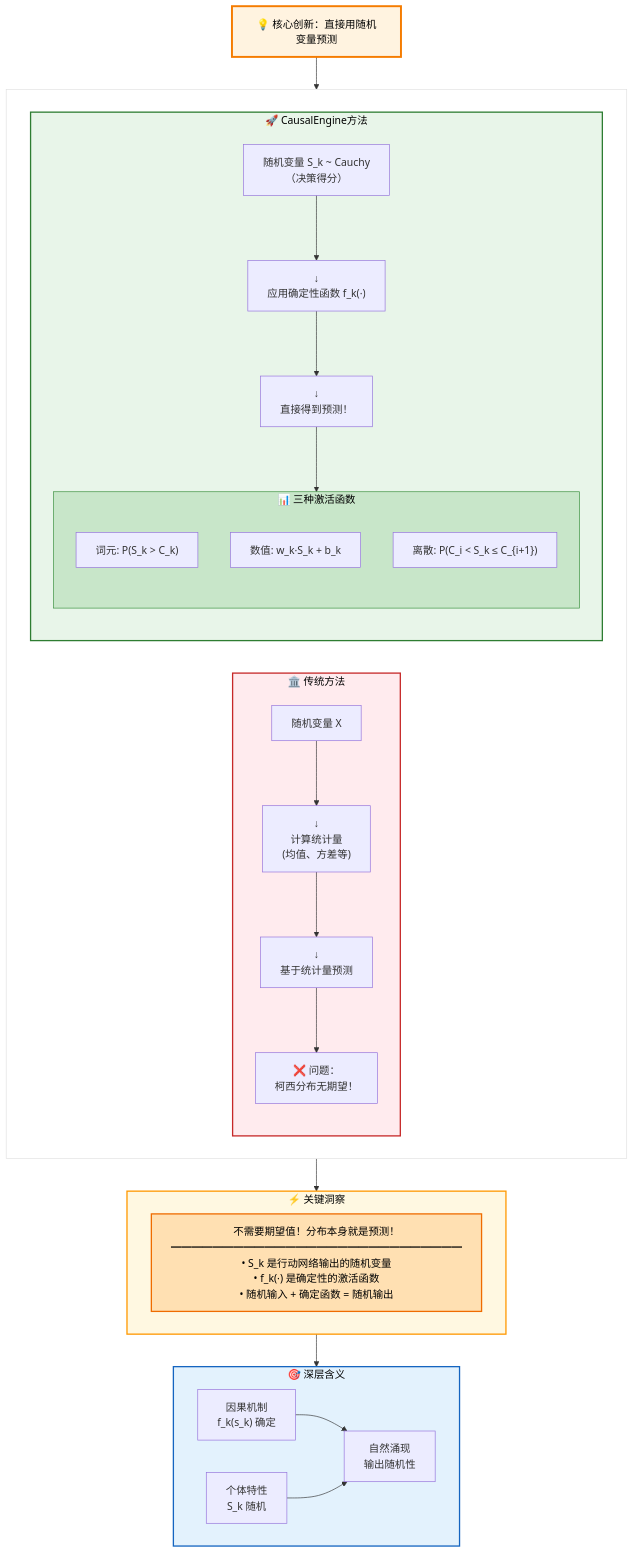
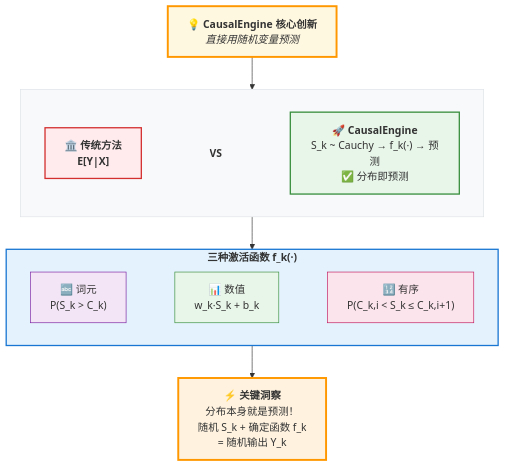
The sixth of 9 diagrams in causal_engine/MATHEMATICAL_FOUNDATIONS_CN.md (1587causalai/CausalQwen), drawn with Mermaid before and after one commit. The commit also changed other lines of this file, not shown here.

````diff
--- a/causal_engine/MATHEMATICAL_FOUNDATIONS_CN.md
+++ b/causal_engine/MATHEMATICAL_FOUNDATIONS_CN.md
@@ -326,68 +326,54 @@
 ```mermaid
 graph TB
-    %% CausalEngine的核心创新：随机变量预测
+    %% 核心标题
+    Title["💡 <b>CausalEngine 核心创新</b><br/><i>直接用随机变量预测</i>"]
     
-    Title["💡 核心创新：直接用随机变量预测"]
+    Title --> Compare
     
-    Title --> Comparison
-    
-    subgraph Comparison [" "]
+    %% 对比区
+    subgraph Compare [" "]
         direction LR
         
-        subgraph Traditional ["🏛️ 传统方法"]
-            direction TB
-            T1["随机变量 X"]
-            T2["↓<br/>计算统计量<br/>(均值、方差等)"]
-            T3["↓<br/>基于统计量预测"]
-            T4["❌ 问题：<br/>柯西分布无期望！"]
-            
-            T1 --> T2 --> T3
-            T3 --> T4
-        end
+        Traditional["🏛️ <b>传统方法</br> E[Y|X]"]
         
-        subgraph CausalEngine ["🚀 CausalEngine方法"]
-            direction TB
-            C1["随机变量 S_k ~ Cauchy<br/>（决策得分）"]
-            C2["↓<br/>应用确定性函数 f_k(·)"]
-            C3["↓<br/>直接得到预测！"]
-            
-            subgraph Examples ["📊 三种激活函数"]
-                direction TB
-                E1["词元: P(S_k > C_k)"]
-                E2["数值: w_k·S_k + b_k"]
-                E3["离散: P(C_i < S_k ≤ C_{i+1})"]
-            end
-            
-            C1 --> C2 --> C3
-            C3 --> Examples
-        end
+        VS["<b>VS</b>"]
+        
+        CausalEngine["🚀 <b>CausalEngine</b><br/>S_k ~ Cauchy → f_k(·) → 预测<br/>✅ 分布即预测"]
+        
+        Traditional ~~~ VS ~~~ CausalEngine
     end
     
-    Comparison --> Insight
+    Compare --> Functions
     
-    subgraph Insight ["⚡ 关键洞察"]
-        I1["不需要期望值！分布本身就是预测！<br/>━━━━━━━━━━━━━━━━━━━━━━━━━━━━<br/>• S_k 是行动网络输出的随机变量<br/>• f_k(·) 是确定性的激活函数<br/>• 随机输入 + 确定函数 = 随机输出"]
+    %% 激活函数展示
+    subgraph Functions ["<b>三种激活函数 f_k(·)</b>"]
+        direction LR
+        Token["🔤 词元<br/>P(S_k > C_k)"]
+        Numeric["📊 数值<br/>w_k·S_k + b_k"]  
+        Ordinal["🔢 有序<br/>P(C_k,i < S_k ≤ C_k,i+1)"]
+        
+        Token ~~~ Numeric ~~~ Ordinal
     end
     
-    Insight --> Philosophy
+    Functions --> Insight
     
-    subgraph Philosophy ["🎯 深层含义"]
-        direction LR
-        P1["因果机制<br/>f_k(s_k) 确定"]
-        P2["个体特性<br/>S_k 随机"]
-        P3["自然涌现<br/>输出随机性"]
-        
-        P1 --> P3
-        P2 --> P3
-    end
+    %% 核心洞察
+    Insight["⚡ <b>关键洞察</b><br/>分布本身就是预测！<br/>随机 S_k + 确定函数 f_k  <br/> = 随机输出 Y_k"]
     
-    %% 样式
-    style Title fill:#fff3e0,stroke:#f57c00,stroke-width:3px,color:#000
-    style Comparison fill:#ffffff,stroke:#e0e0e0,stroke-width:1px,color:#000
-    style Traditional fill:#ffebee,stroke:#c62828,stroke-width:2px,color:#000
-    style CausalEngine fill:#e8f5e9,stroke:#2e7d32,stroke-width:2px,color:#000
-    style Examples fill:#c8e6c9,stroke:#388e3c,stroke-width:1px,color:#000
-    style Insight fill:#fff8e1,stroke:#ff9800,stroke-width:2px,color:#000
-    style Philosophy fill:#e3f2fd,stroke:#1565c0,stroke-width:2px,color:#000
-    style I1 fill:#ffe0b2,stroke:#ef6c00,stroke-width:2px,color:#000
+    
+    %% 哲学意义
+    
+    %% 样式美化
+    style Title fill:#fff8e1,stroke:#ff9800,stroke-width:3px
+    style Compare fill:#f8f9fa,stroke:#dee2e6,stroke-width:1px
+    style Traditional fill:#ffebee,stroke:#d32f2f,stroke-width:2px
+    style CausalEngine fill:#e8f5e9,stroke:#388e3c,stroke-width:2px
+    style VS fill:transparent,stroke:none
+    
+    style Functions fill:#e3f2fd,stroke:#1976d2,stroke-width:2px
+    style Token fill:#f3e5f5,stroke:#7b1fa2,stroke-width:1px
+    style Numeric fill:#e8f5e9,stroke:#388e3c,stroke-width:1px
+    style Ordinal fill:#fce4ec,stroke:#c2185b,stroke-width:1px
+    
+    style Insight fill:#fff3e0,stroke:#ff9800,stroke-width:3px
 ```
````
